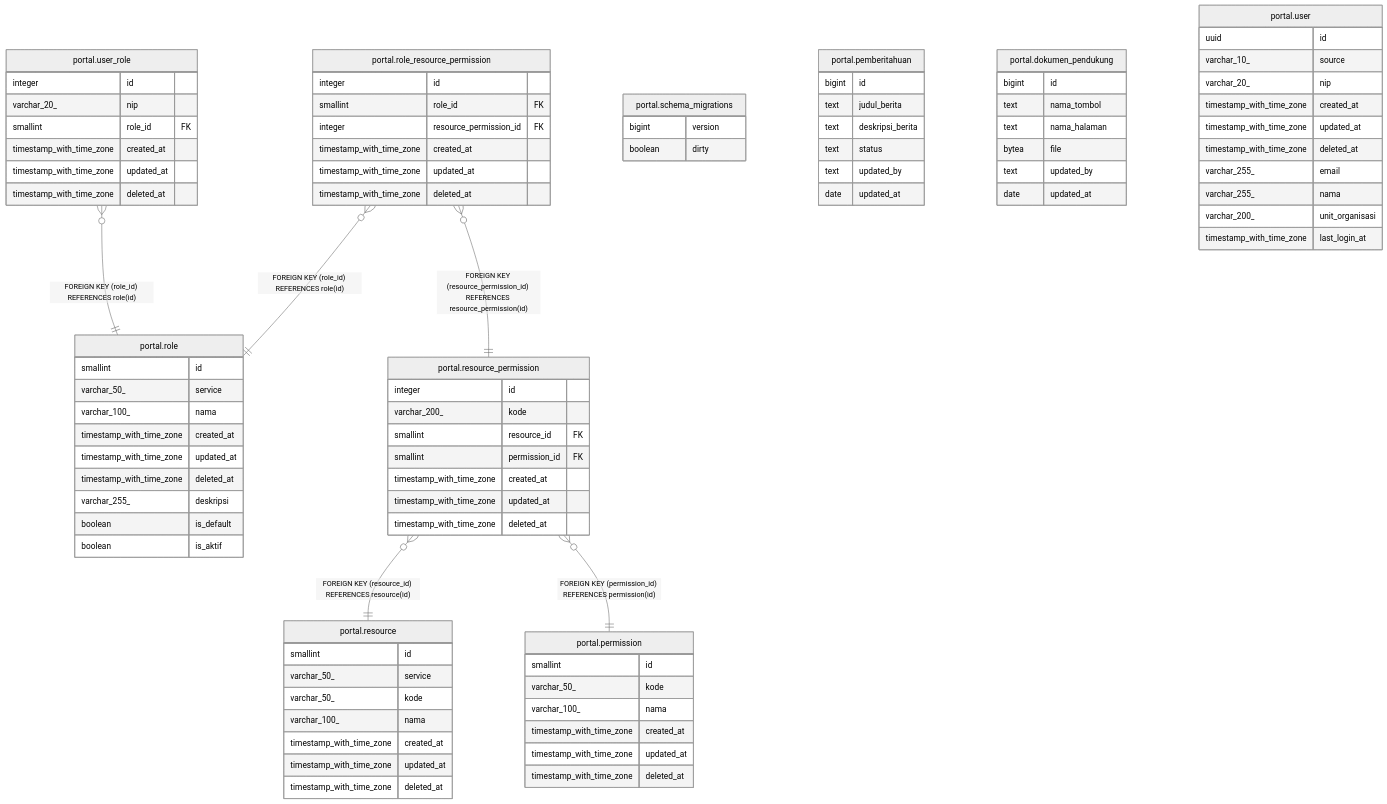
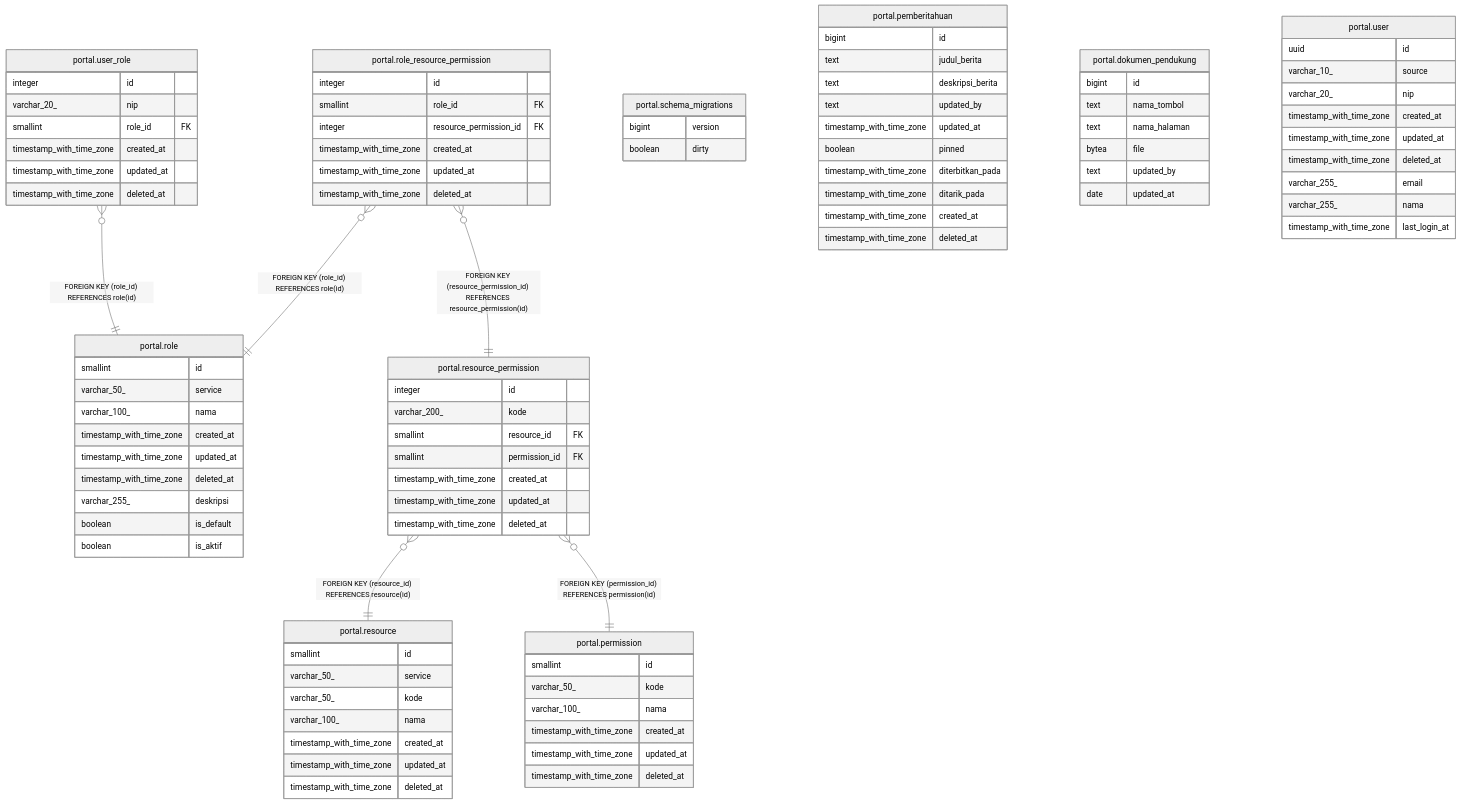
One commit to nandanugg/triforce.nvim changed the diagram in services/portal/docs/db/README.md. Above: the diagram before and after it, drawn with Mermaid (neutral theme). The commit also changed other lines of this file and 14 other files, not shown here.

```diff
--- a/services/portal/docs/db/README.md
+++ b/services/portal/docs/db/README.md
@@ -43,9 +43,13 @@
   bigint id
   text judul_berita
   text deskripsi_berita
-  text status
   text updated_by
-  date updated_at
+  timestamp_with_time_zone updated_at
+  boolean pinned
+  timestamp_with_time_zone diterbitkan_pada
+  timestamp_with_time_zone ditarik_pada
+  timestamp_with_time_zone created_at
+  timestamp_with_time_zone deleted_at
 }
 "portal.dokumen_pendukung" {
   bigint id
@@ -64,7 +68,6 @@
   timestamp_with_time_zone deleted_at
   varchar_255_ email
   varchar_255_ nama
-  varchar_200_ unit_organisasi
   timestamp_with_time_zone last_login_at
 }
 "portal.role" {
```
